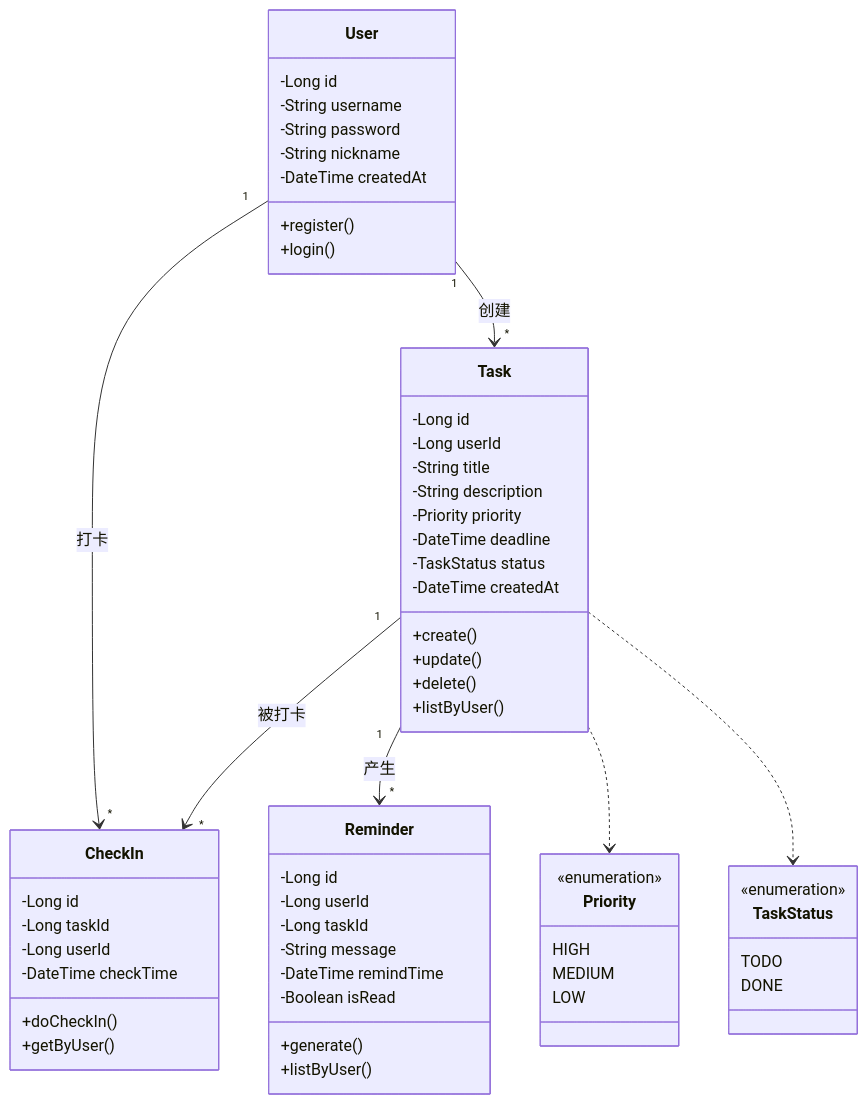
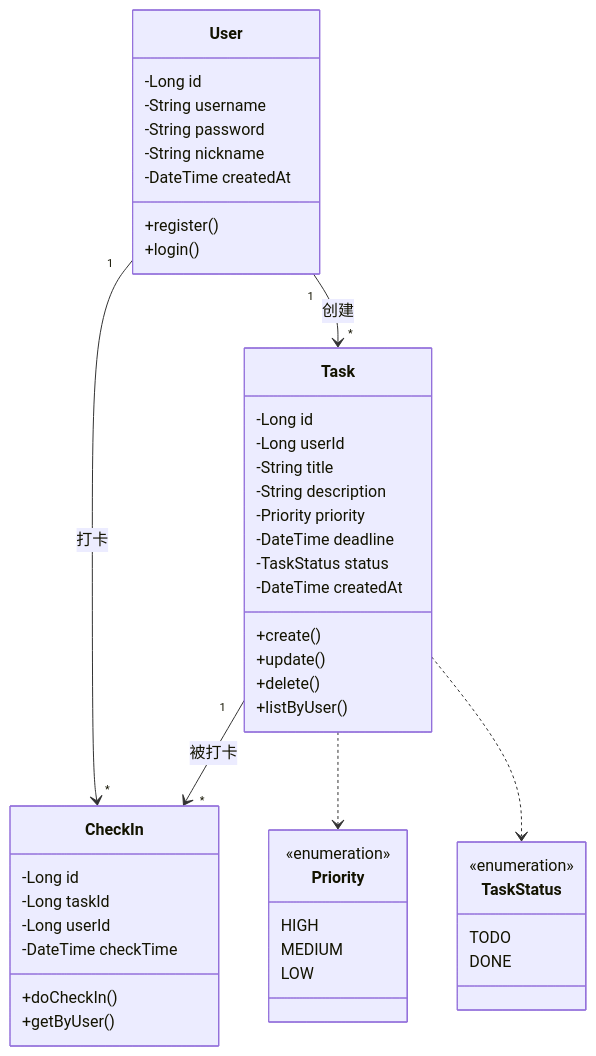
One commit to TonyzzZ666/Study-Agent changed the sixth of 7 diagrams in 需求报告.md. Above: the diagram before and after it, drawn with Mermaid. The commit also changed other lines of this file and 1 other file, not shown here.

````diff
--- a/需求报告.md
+++ b/需求报告.md
@@ -187,67 +167,55 @@
 ```mermaid
 classDiagram
     class User {
         -Long id
         -String username
         -String password
         -String nickname
         -DateTime createdAt
         +register()
         +login()
     }
 
     class Task {
         -Long id
         -Long userId
         -String title
         -String description
         -Priority priority
         -DateTime deadline
         -TaskStatus status
         -DateTime createdAt
         +create()
         +update()
         +delete()
         +listByUser()
     }
 
     class CheckIn {
         -Long id
         -Long taskId
         -Long userId
         -DateTime checkTime
         +doCheckIn()
         +getByUser()
     }
 
-    class Reminder {
-        -Long id
-        -Long userId
-        -Long taskId
-        -String message
-        -DateTime remindTime
-        -Boolean isRead
-        +generate()
-        +listByUser()
-    }
-
     class Priority {
         <<enumeration>>
         HIGH
         MEDIUM
         LOW
     }
 
     class TaskStatus {
         <<enumeration>>
         TODO
         DONE
     }
 
     User "1" --> "*" Task : 创建
     User "1" --> "*" CheckIn : 打卡
     Task "1" --> "*" CheckIn : 被打卡
-    Task "1" --> "*" Reminder : 产生
     Task ..> Priority
     Task ..> TaskStatus
 ```
````
